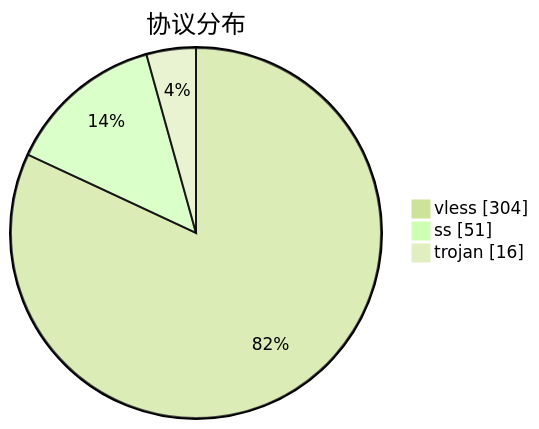
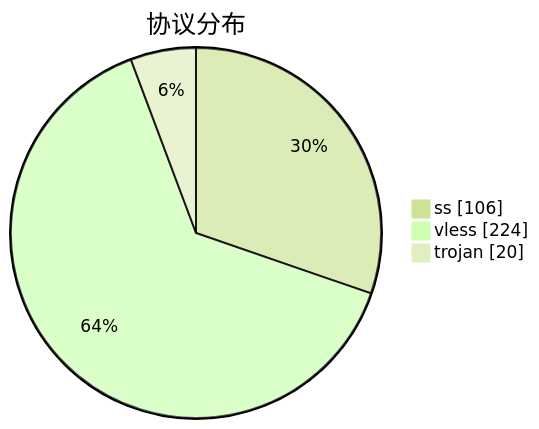
One commit to qjlxg/airport changed the third of 3 diagrams in subs/statistics/tested_within.md. Above: the diagram before and after it, drawn with Mermaid (forest theme). The commit also changed other lines of this file and 2 other files, not shown here.

````diff
--- a/subs/statistics/tested_within.md
+++ b/subs/statistics/tested_within.md
@@ -20,7 +19,7 @@
 ```mermaid
 pie showData
 title 协议分布
-"vless" : 304
-"ss" : 51
-"trojan" : 16
+"ss" : 106
+"vless" : 224
+"trojan" : 20
 ```
````
